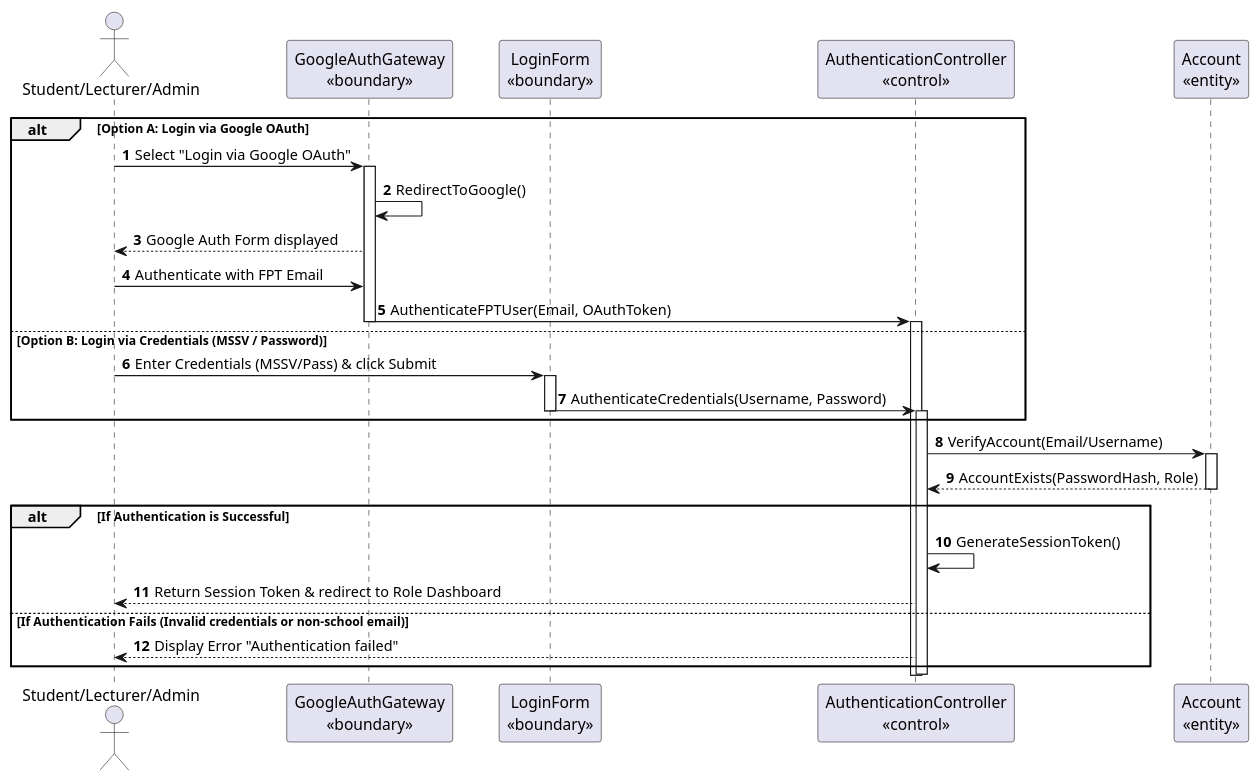
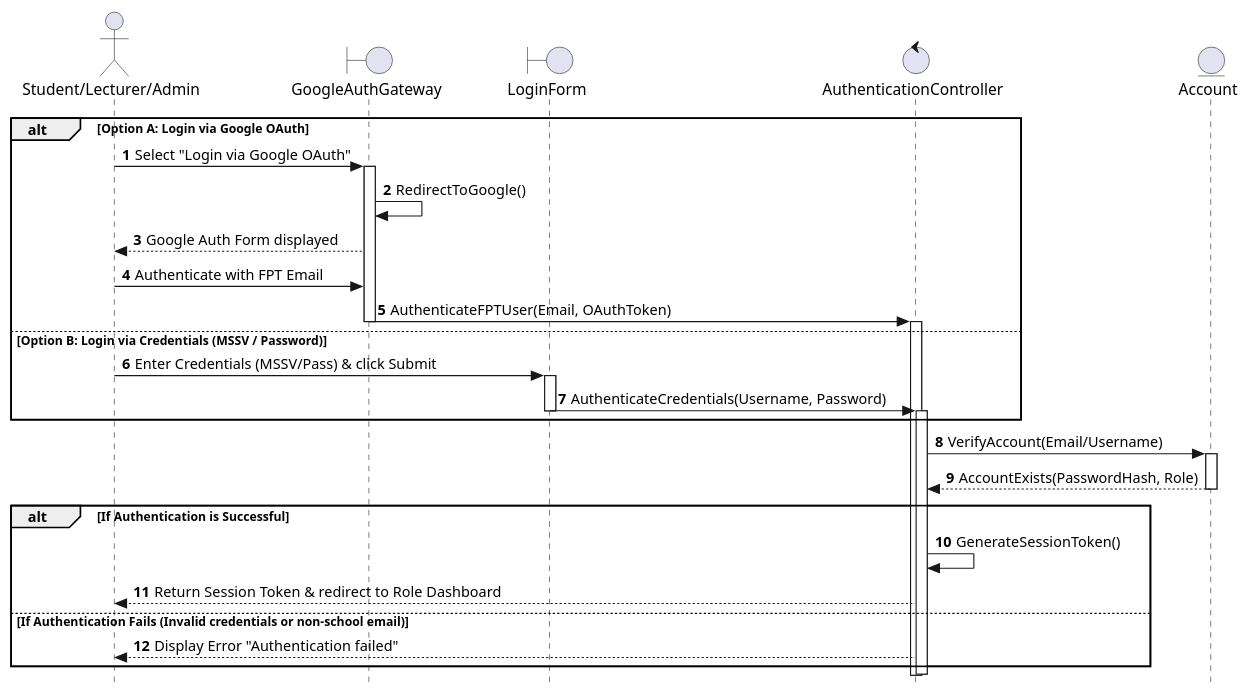
One commit to nttung42/SWD392 changed the third of 31 diagrams in MainDocs/AFAS_RDS_Document_Part1B_Analysis_models.md. Above: the diagram before and after it, drawn with PlantUML. The commit also changed other lines of this file, not shown here.

Commit message:
docs: refactor sequence diagrams to use strict UML/BCE and add message description tables

````diff
--- a/MainDocs/AFAS_RDS_Document_Part1B_Analysis_models.md
+++ b/MainDocs/AFAS_RDS_Document_Part1B_Analysis_models.md
@@ -368,40 +368,41 @@
 ```plantuml
 @startuml
+skinparam style strictuml
 autonumber
 actor User as "Student/Lecturer/Admin"
-participant LGG as "GoogleAuthGateway\n«boundary»"
-participant LAF as "LoginForm\n«boundary»"
-participant AC as "AuthenticationController\n«control»"
-participant ACC as "Account\n«entity»"
+boundary LGG as "GoogleAuthGateway"
+boundary LAF as "LoginForm"
+control AC as "AuthenticationController"
+entity ACC as "Account"
 
 alt Option A: Login via Google OAuth
     User -> LGG : Select "Login via Google OAuth"
     activate LGG
     LGG -> LGG : RedirectToGoogle()
     LGG --> User : Google Auth Form displayed
     User -> LGG : Authenticate with FPT Email
     LGG -> AC : AuthenticateFPTUser(Email, OAuthToken)
     deactivate LGG
     activate AC
 else Option B: Login via Credentials (MSSV / Password)
     User -> LAF : Enter Credentials (MSSV/Pass) & click Submit
     activate LAF
     LAF -> AC : AuthenticateCredentials(Username, Password)
     deactivate LAF
     activate AC
 end
 
 AC -> ACC : VerifyAccount(Email/Username)
 activate ACC
 ACC --> AC : AccountExists(PasswordHash, Role)
 deactivate ACC
 
 alt If Authentication is Successful
     AC -> AC : GenerateSessionToken()
     AC --> User : Return Session Token & redirect to Role Dashboard
 else If Authentication Fails (Invalid credentials or non-school email)
     AC --> User : Display Error "Authentication failed"
 end
 deactivate AC
 @enduml
 ```
````
